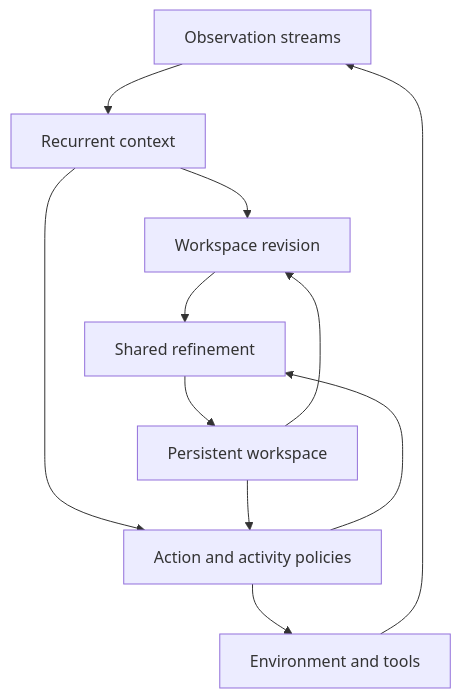
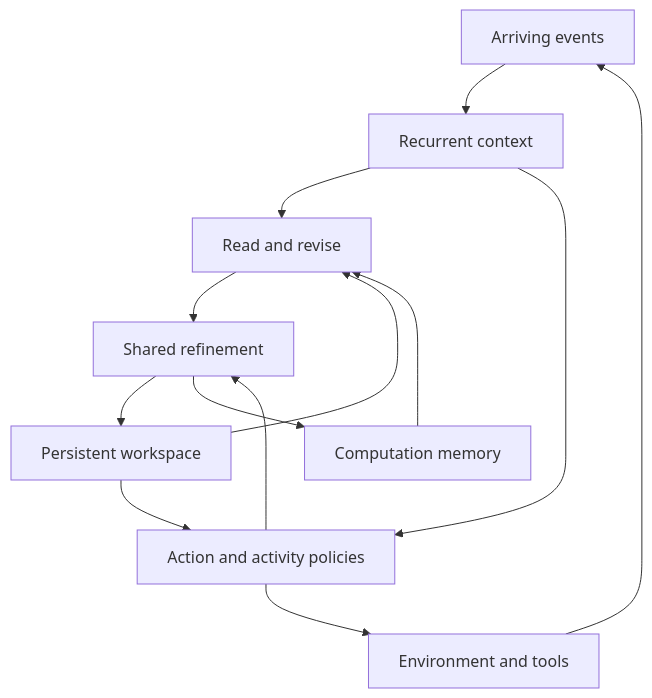
One commit to Cherish0925/continual-decision-model changed the diagram in DESIGN.md. Above: the diagram before and after it, drawn with Mermaid. The commit also changed other lines of this file and 58 other files, not shown here.

````diff
--- a/DESIGN.md
+++ b/DESIGN.md
@@ -7,13 +20,15 @@
 ```mermaid
 flowchart TD
-    O[Observation streams] --> C[Recurrent context]
-    C --> T[Workspace revision]
-    Z[Persistent workspace] --> T
-    T --> F[Shared refinement]
+    E[Arriving events] --> C[Recurrent context]
+    C --> R[Read and revise]
+    M[Computation memory] --> R
+    Z[Persistent workspace] --> R
+    R --> F[Shared refinement]
     F --> Z
+    F --> M
     C --> P[Action and activity policies]
     Z --> P
     P --> F
-    P --> E[Environment and tools]
-    E --> O
+    P --> W[Environment and tools]
+    W --> E
 ```
````
